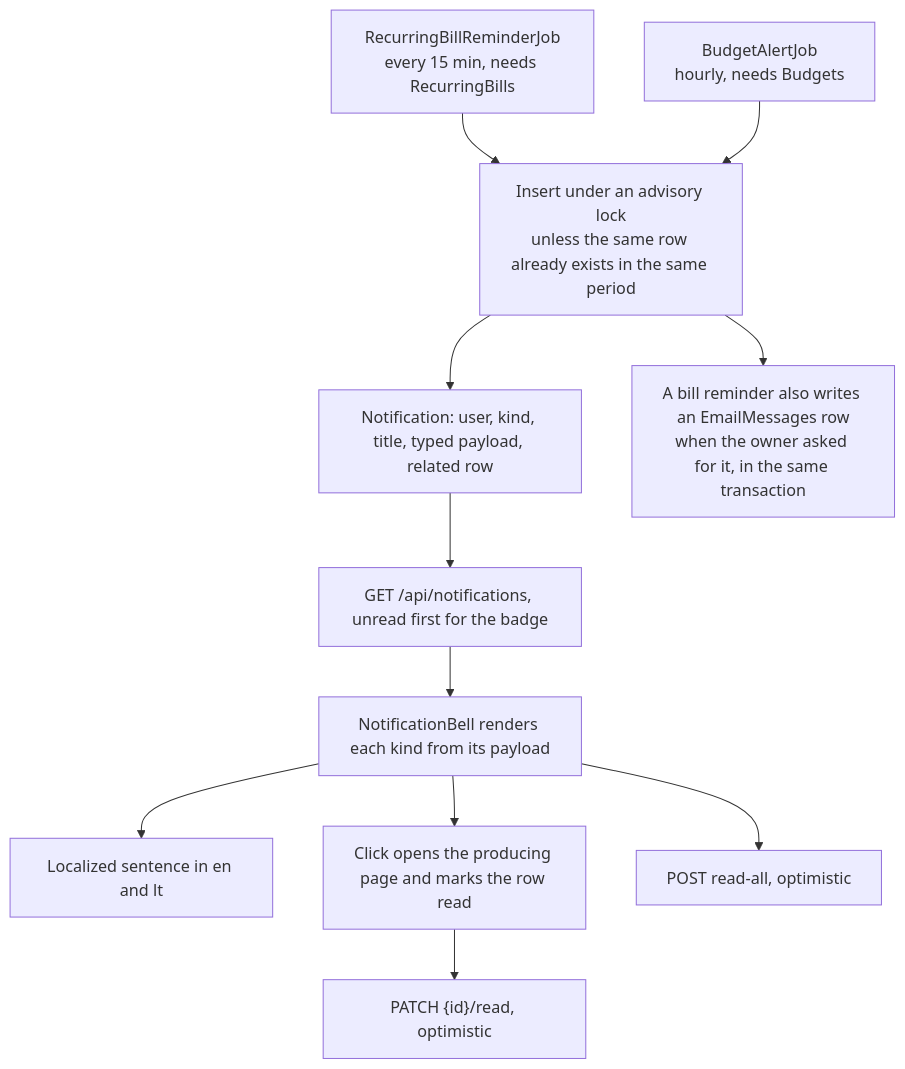
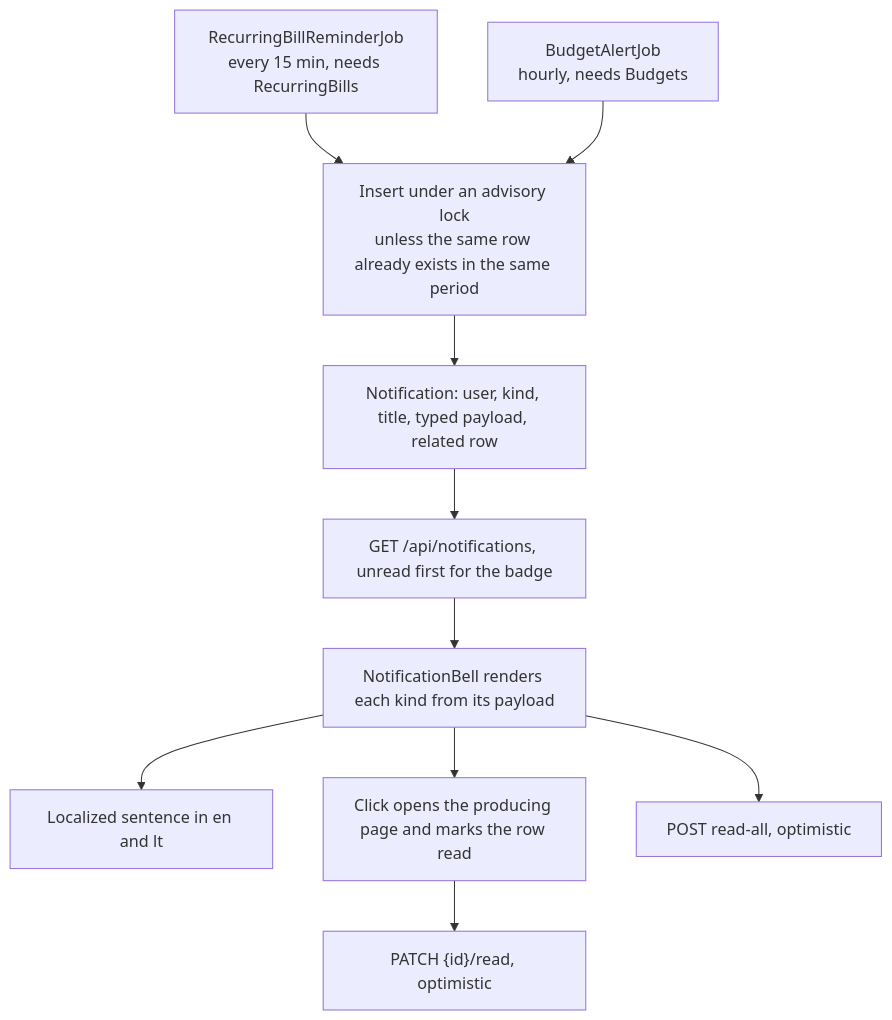
The diagram in docs/features/notifications.md (Justxs/Jx-Finance), drawn with Mermaid before and after one commit. The commit also changed other lines of this file and 91 other files, not shown here.

````diff
--- a/docs/features/notifications.md
+++ b/docs/features/notifications.md
@@ -7,13 +7,12 @@
 ```mermaid
 flowchart TD
     Bills["RecurringBillReminderJob<br/>every 15 min, needs RecurringBills"] --> Dedupe
     Budgets["BudgetAlertJob<br/>hourly, needs Budgets"] --> Dedupe
     Dedupe["Insert under an advisory lock<br/>unless the same row already exists in the same period"] --> Row["Notification: user, kind, title, typed payload, related row"]
     Row --> List["GET /api/notifications, unread first for the badge"]
     List --> Bell["NotificationBell renders each kind from its payload"]
     Bell --> Text["Localized sentence in en and lt"]
     Bell --> Link["Click opens the producing page and marks the row read"]
     Link --> Read["PATCH {id}/read, optimistic"]
     Bell --> All["POST read-all, optimistic"]
-    Dedupe --> Mail["A bill reminder also writes an EmailMessages row<br/>when the owner asked for it, in the same transaction"]
 ```
````
